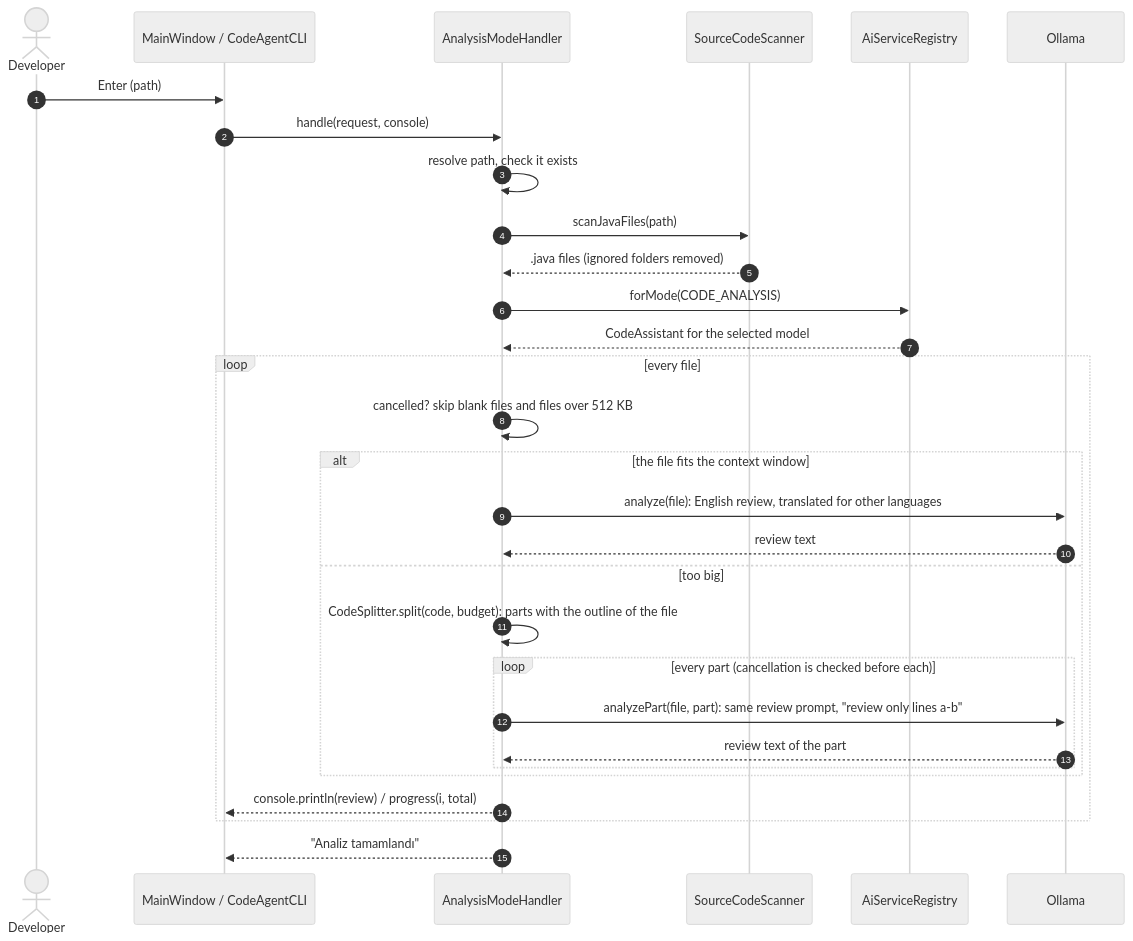
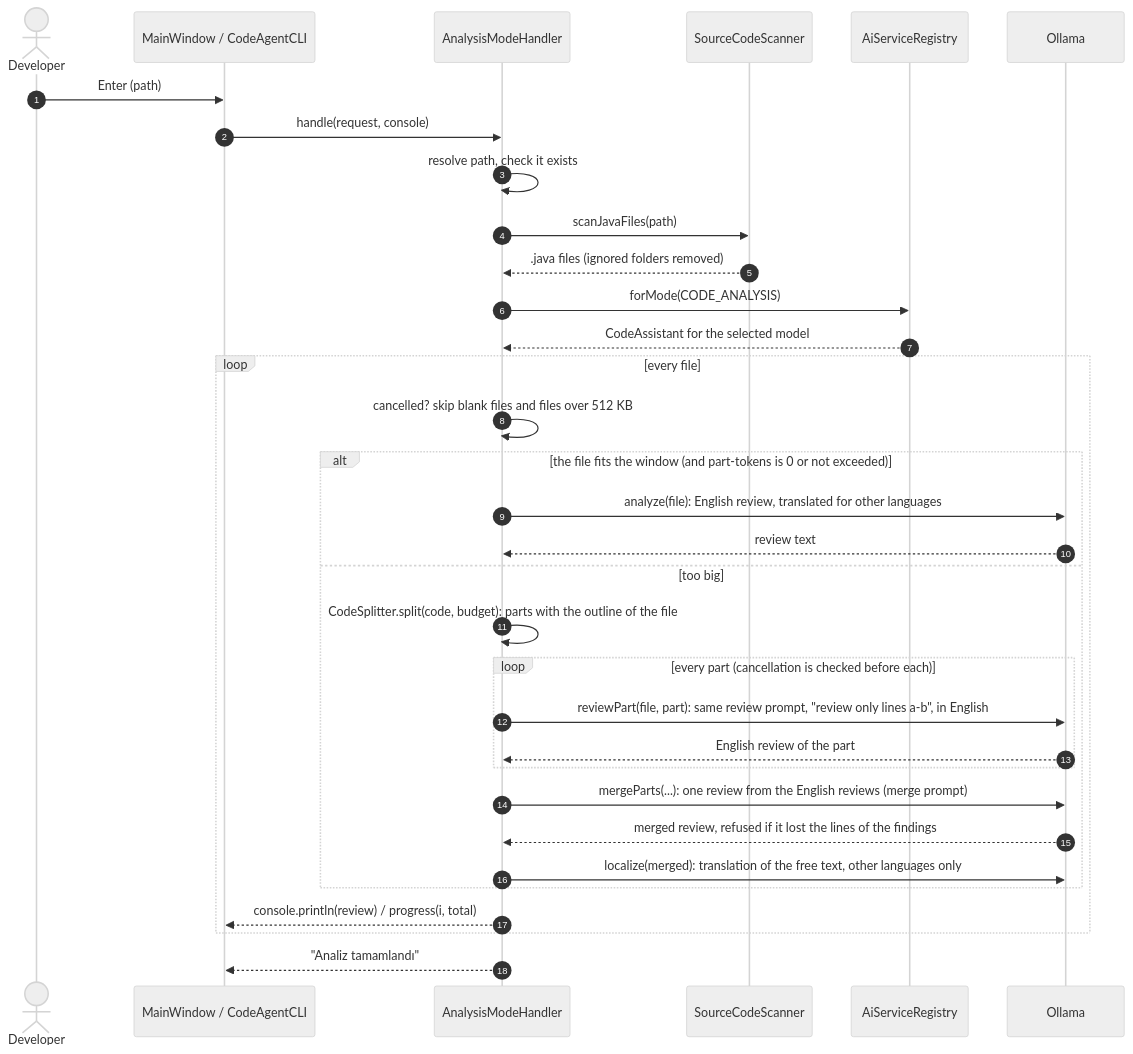
The fourth of 5 diagrams in docs/ARCHITECTURE.md (burak-can-onarim/blue-ring-octopus-cli), drawn with Mermaid (neutral theme) before and after one commit. The commit also changed other lines of this file and 22 other files, not shown here.

First line of the commit message:
feat: merge the reviews of the parts of a big file and add a part-size setting

````diff
--- a/docs/ARCHITECTURE.md
+++ b/docs/ARCHITECTURE.md
@@ -154,33 +154,36 @@
 ```mermaid
 sequenceDiagram
     autonumber
     actor U as Developer
     participant W as MainWindow / CodeAgentCLI
     participant A as AnalysisModeHandler
     participant S as SourceCodeScanner
     participant R as AiServiceRegistry
     participant M as Ollama
 
     U->>W: Enter (path)
     W->>A: handle(request, console)
     A->>A: resolve path, check it exists
     A->>S: scanJavaFiles(path)
     S-->>A: .java files (ignored folders removed)
     A->>R: forMode(CODE_ANALYSIS)
     R-->>A: CodeAssistant for the selected model
     loop every file
         A->>A: cancelled? skip blank files and files over 512 KB
-        alt the file fits the context window
+        alt the file fits the window (and part-tokens is 0 or not exceeded)
             A->>M: analyze(file): English review, translated for other languages
             M-->>A: review text
         else too big
             A->>A: CodeSplitter.split(code, budget): parts with the outline of the file
             loop every part (cancellation is checked before each)
-                A->>M: analyzePart(file, part): same review prompt, "review only lines a-b"
-                M-->>A: review text of the part
+                A->>M: reviewPart(file, part): same review prompt, "review only lines a-b", in English
+                M-->>A: English review of the part
             end
+            A->>M: mergeParts(...): one review from the English reviews (merge prompt)
+            M-->>A: merged review, refused if it lost the lines of the findings
+            A->>M: localize(merged): translation of the free text, other languages only
         end
         A-->>W: console.println(review) / progress(i, total)
     end
     A-->>W: "Analiz tamamlandı"
 ```
````
